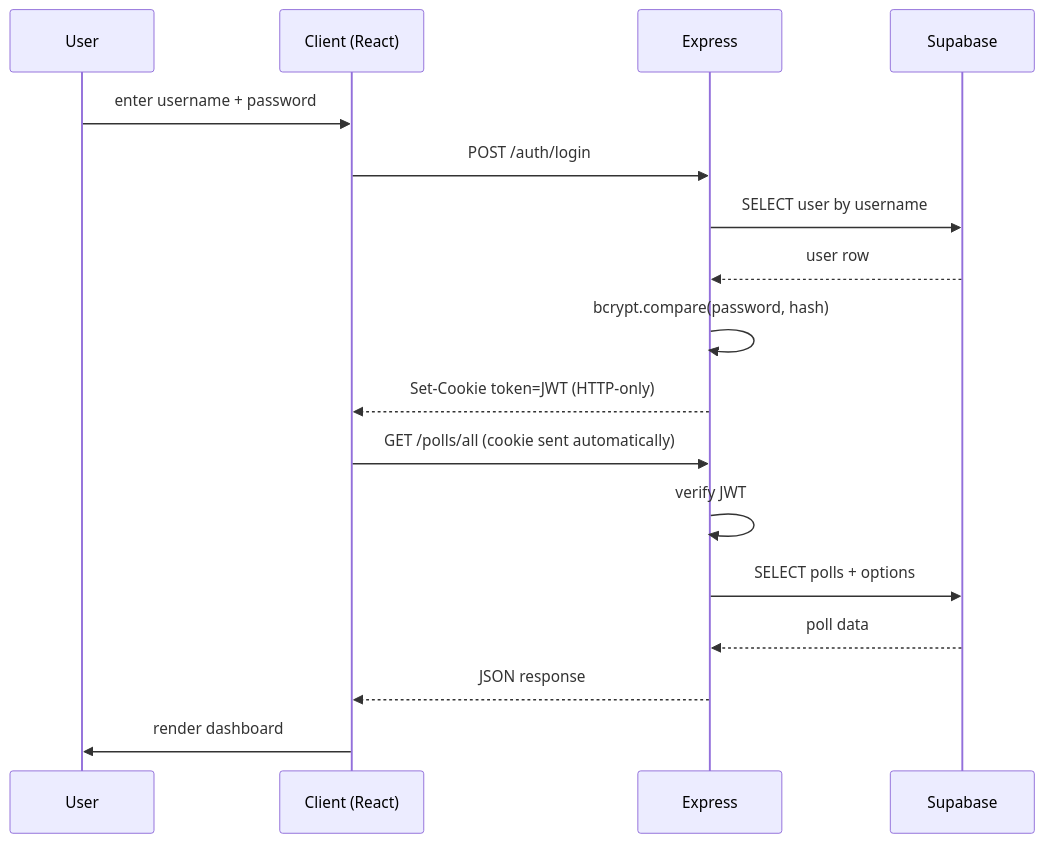
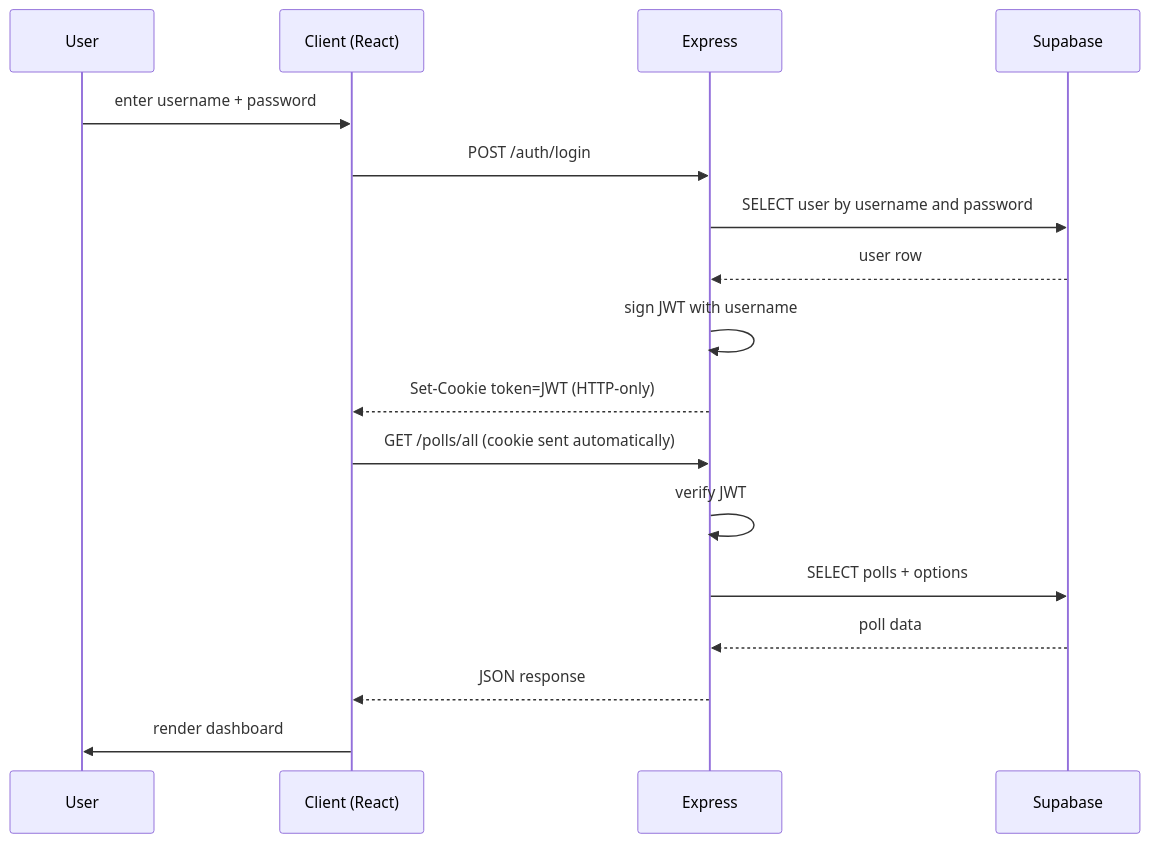
The second of 2 diagrams in README.md (AaronFan5/CS35L-Project), drawn with Mermaid before and after one commit. The commit also changed other lines of this file and 4 other files, not shown here.

````diff
--- a/README.md
+++ b/README.md
@@ -59,19 +62,19 @@
 ```mermaid
 sequenceDiagram
   participant U as User
   participant C as Client (React)
   participant S as Express
   participant DB as Supabase
   U->>C: enter username + password
   C->>S: POST /auth/login
-  S->>DB: SELECT user by username
+  S->>DB: SELECT user by username and password
   DB-->>S: user row
-  S->>S: bcrypt.compare(password, hash)
+  S->>S: sign JWT with username
   S-->>C: Set-Cookie token=JWT (HTTP-only)
   C->>S: GET /polls/all (cookie sent automatically)
   S->>S: verify JWT
   S->>DB: SELECT polls + options
   DB-->>S: poll data
   S-->>C: JSON response
   C->>U: render dashboard
 ```
````
